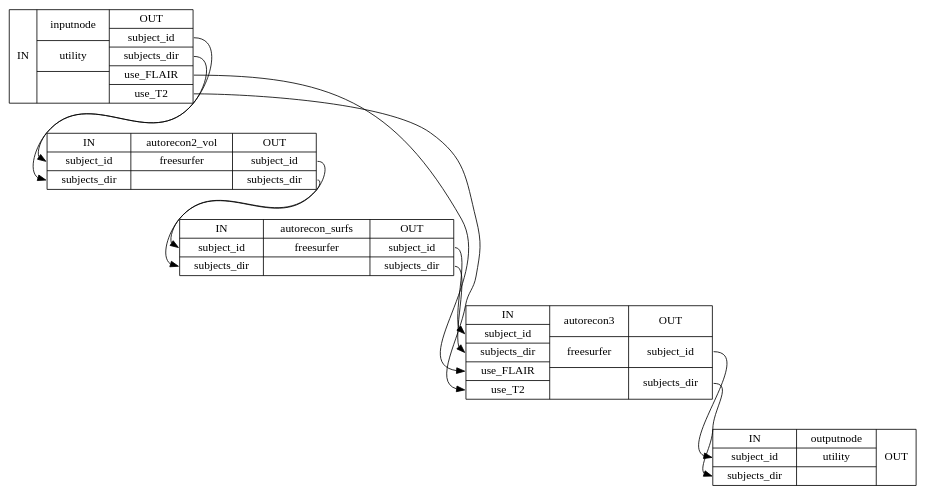
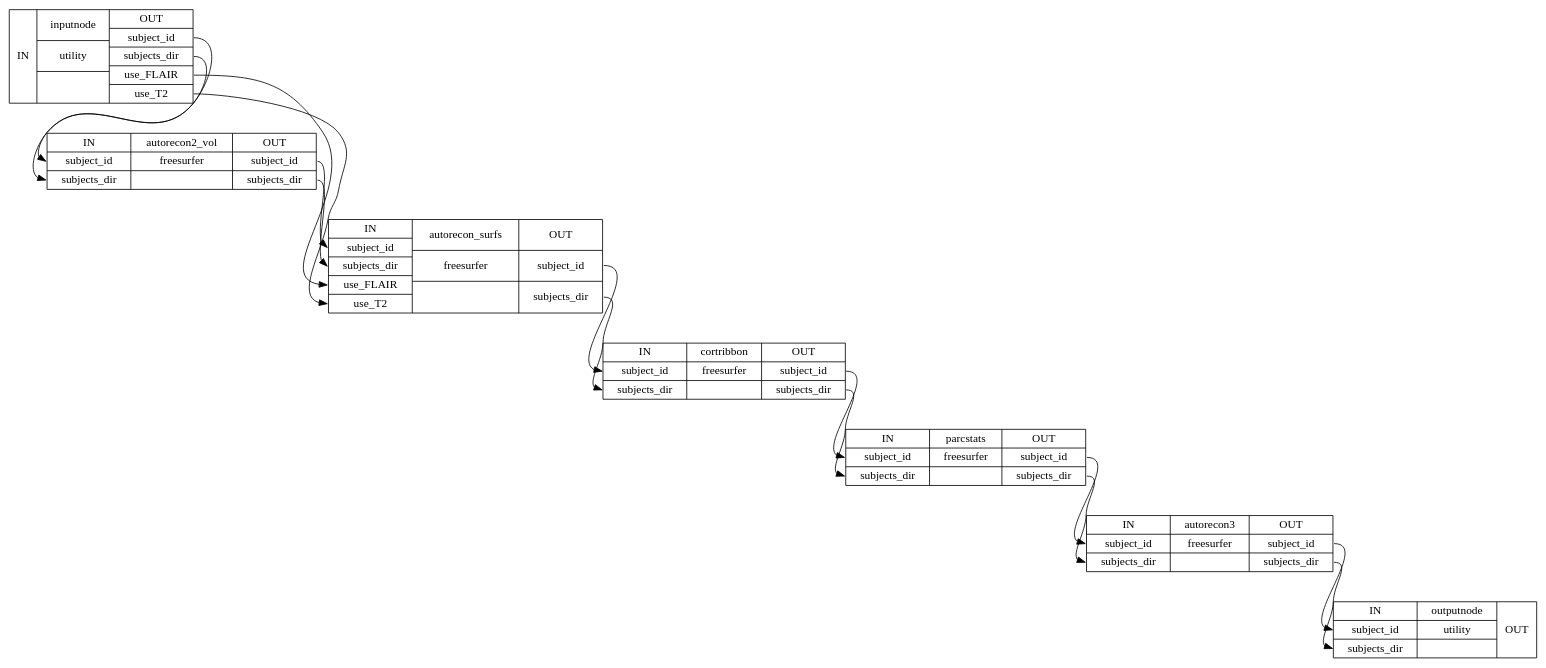
Before and after one commit to nuKs/smriprep: the diagram in master/wf_directive/api/autorecon_resume_wf/smriprep-workflows-surfaces-2_detailed.dot, drawn with Graphviz. The commit also changed 561 other files, not shown here.

```diff
--- a/master/wf_directive/api/autorecon_resume_wf/smriprep-workflows-surfaces-2_detailed.dot
+++ b/master/wf_directive/api/autorecon_resume_wf/smriprep-workflows-surfaces-2_detailed.dot
@@ -1,18 +1,24 @@
 digraph structs {
 node [shape=record];
 autorecon_resume_wfinputnode [label="{IN}|{ inputnode | utility |  }|{OUT|<outsubjectid> subject_id|<outsubjectsdir> subjects_dir|<outuseFLAIR> use_FLAIR|<outuseT2> use_T2}"];
 autorecon_resume_wfautorecon2_vol [label="{IN|<insubjectid> subject_id|<insubjectsdir> subjects_dir}|{ autorecon2_vol | freesurfer |  }|{OUT|<outsubjectid> subject_id|<outsubjectsdir> subjects_dir}"];
-autorecon_resume_wfautorecon_surfs [label="{IN|<insubjectid> subject_id|<insubjectsdir> subjects_dir}|{ autorecon_surfs | freesurfer |  }|{OUT|<outsubjectid> subject_id|<outsubjectsdir> subjects_dir}"];
-autorecon_resume_wfautorecon3 [label="{IN|<insubjectid> subject_id|<insubjectsdir> subjects_dir|<inuseFLAIR> use_FLAIR|<inuseT2> use_T2}|{ autorecon3 | freesurfer |  }|{OUT|<outsubjectid> subject_id|<outsubjectsdir> subjects_dir}"];
+autorecon_resume_wfautorecon_surfs [label="{IN|<insubjectid> subject_id|<insubjectsdir> subjects_dir|<inuseFLAIR> use_FLAIR|<inuseT2> use_T2}|{ autorecon_surfs | freesurfer |  }|{OUT|<outsubjectid> subject_id|<outsubjectsdir> subjects_dir}"];
+autorecon_resume_wfcortribbon [label="{IN|<insubjectid> subject_id|<insubjectsdir> subjects_dir}|{ cortribbon | freesurfer |  }|{OUT|<outsubjectid> subject_id|<outsubjectsdir> subjects_dir}"];
+autorecon_resume_wfparcstats [label="{IN|<insubjectid> subject_id|<insubjectsdir> subjects_dir}|{ parcstats | freesurfer |  }|{OUT|<outsubjectid> subject_id|<outsubjectsdir> subjects_dir}"];
+autorecon_resume_wfautorecon3 [label="{IN|<insubjectid> subject_id|<insubjectsdir> subjects_dir}|{ autorecon3 | freesurfer |  }|{OUT|<outsubjectid> subject_id|<outsubjectsdir> subjects_dir}"];
 autorecon_resume_wfoutputnode [label="{IN|<insubjectid> subject_id|<insubjectsdir> subjects_dir}|{ outputnode | utility |  }|{OUT}"];
 autorecon_resume_wfautorecon2_vol:outsubjectid:e -> autorecon_resume_wfautorecon_surfs:insubjectid:w;
 autorecon_resume_wfautorecon2_vol:outsubjectsdir:e -> autorecon_resume_wfautorecon_surfs:insubjectsdir:w;
 autorecon_resume_wfautorecon3:outsubjectid:e -> autorecon_resume_wfoutputnode:insubjectid:w;
 autorecon_resume_wfautorecon3:outsubjectsdir:e -> autorecon_resume_wfoutputnode:insubjectsdir:w;
-autorecon_resume_wfautorecon_surfs:outsubjectid:e -> autorecon_resume_wfautorecon3:insubjectid:w;
-autorecon_resume_wfautorecon_surfs:outsubjectsdir:e -> autorecon_resume_wfautorecon3:insubjectsdir:w;
+autorecon_resume_wfautorecon_surfs:outsubjectid:e -> autorecon_resume_wfcortribbon:insubjectid:w;
+autorecon_resume_wfautorecon_surfs:outsubjectsdir:e -> autorecon_resume_wfcortribbon:insubjectsdir:w;
+autorecon_resume_wfcortribbon:outsubjectid:e -> autorecon_resume_wfparcstats:insubjectid:w;
+autorecon_resume_wfcortribbon:outsubjectsdir:e -> autorecon_resume_wfparcstats:insubjectsdir:w;
 autorecon_resume_wfinputnode:outsubjectid:e -> autorecon_resume_wfautorecon2_vol:insubjectid:w;
 autorecon_resume_wfinputnode:outsubjectsdir:e -> autorecon_resume_wfautorecon2_vol:insubjectsdir:w;
-autorecon_resume_wfinputnode:outuseFLAIR:e -> autorecon_resume_wfautorecon3:inuseFLAIR:w;
-autorecon_resume_wfinputnode:outuseT2:e -> autorecon_resume_wfautorecon3:inuseT2:w;
+autorecon_resume_wfinputnode:outuseFLAIR:e -> autorecon_resume_wfautorecon_surfs:inuseFLAIR:w;
+autorecon_resume_wfinputnode:outuseT2:e -> autorecon_resume_wfautorecon_surfs:inuseT2:w;
+autorecon_resume_wfparcstats:outsubjectid:e -> autorecon_resume_wfautorecon3:insubjectid:w;
+autorecon_resume_wfparcstats:outsubjectsdir:e -> autorecon_resume_wfautorecon3:insubjectsdir:w;
 }
```
